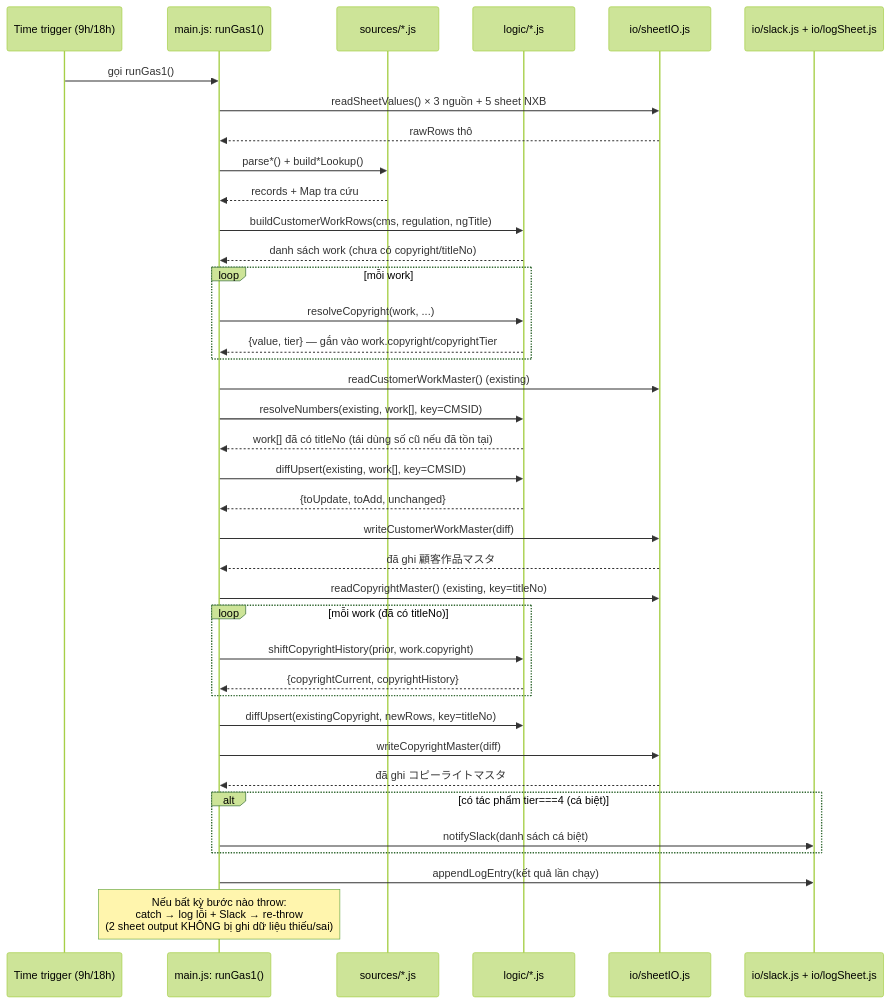
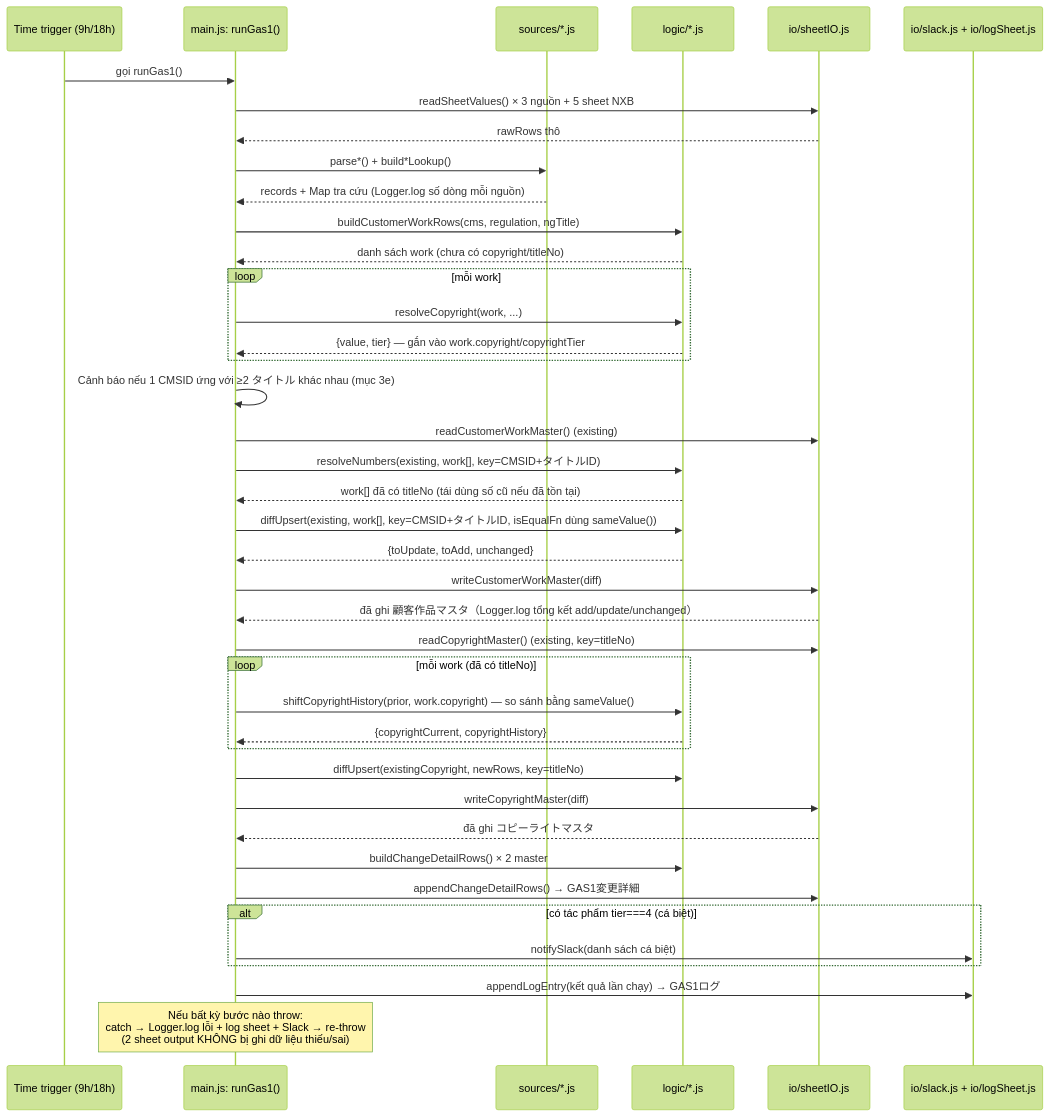
One commit to long-npl/ntt-solmare changed the second of 2 diagrams in docs/gas1-van-hanh.md. Above: the diagram before and after it, drawn with Mermaid (forest theme). The commit also changed other lines of this file, not shown here.

First line of the commit message:
Update gas1-van-hanh.md with the 3 bugs found/fixed during debug testing

````diff
--- a/docs/gas1-van-hanh.md
+++ b/docs/gas1-van-hanh.md
@@ -68,48 +75,53 @@
 ```mermaid
 sequenceDiagram
     participant Trigger as Time trigger (9h/18h)
     participant Main as main.js: runGas1()
     participant Sources as sources/*.js
     participant Logic as logic/*.js
     participant IO as io/sheetIO.js
     participant Slack as io/slack.js + io/logSheet.js
 
     Trigger->>Main: gọi runGas1()
     Main->>IO: readSheetValues() × 3 nguồn + 5 sheet NXB
     IO-->>Main: rawRows thô
     Main->>Sources: parse*() + build*Lookup()
-    Sources-->>Main: records + Map tra cứu
+    Sources-->>Main: records + Map tra cứu (Logger.log số dòng mỗi nguồn)
 
     Main->>Logic: buildCustomerWorkRows(cms, regulation, ngTitle)
     Logic-->>Main: danh sách work (chưa có copyright/titleNo)
 
     loop mỗi work
         Main->>Logic: resolveCopyright(work, ...)
         Logic-->>Main: {value, tier} — gắn vào work.copyright/copyrightTier
     end
 
+    Main->>Main: Cảnh báo nếu 1 CMSID ứng với ≥2 タイトル khác nhau (mục 3e)
+
     Main->>IO: readCustomerWorkMaster() (existing)
-    Main->>Logic: resolveNumbers(existing, work[], key=CMSID)
+    Main->>Logic: resolveNumbers(existing, work[], key=CMSID+タイトルID)
     Logic-->>Main: work[] đã có titleNo (tái dùng số cũ nếu đã tồn tại)
 
-    Main->>Logic: diffUpsert(existing, work[], key=CMSID)
+    Main->>Logic: diffUpsert(existing, work[], key=CMSID+タイトルID, isEqualFn dùng sameValue())
     Logic-->>Main: {toUpdate, toAdd, unchanged}
     Main->>IO: writeCustomerWorkMaster(diff)
-    IO-->>Main: đã ghi 顧客作品マスタ
+    IO-->>Main: đã ghi 顧客作品マスタ（Logger.log tổng kết add/update/unchanged）
 
     Main->>IO: readCopyrightMaster() (existing, key=titleNo)
     loop mỗi work (đã có titleNo)
-        Main->>Logic: shiftCopyrightHistory(prior, work.copyright)
+        Main->>Logic: shiftCopyrightHistory(prior, work.copyright) — so sánh bằng sameValue()
         Logic-->>Main: {copyrightCurrent, copyrightHistory}
     end
     Main->>Logic: diffUpsert(existingCopyright, newRows, key=titleNo)
     Main->>IO: writeCopyrightMaster(diff)
     IO-->>Main: đã ghi コピーライトマスタ
 
+    Main->>Logic: buildChangeDetailRows() × 2 master
+    Main->>IO: appendChangeDetailRows() → GAS1変更詳細
+
     alt có tác phẩm tier===4 (cá biệt)
         Main->>Slack: notifySlack(danh sách cá biệt)
     end
-    Main->>Slack: appendLogEntry(kết quả lần chạy)
+    Main->>Slack: appendLogEntry(kết quả lần chạy) → GAS1ログ
 
-    Note over Main: Nếu bất kỳ bước nào throw:<br/>catch → log lỗi + Slack → re-throw<br/>(2 sheet output KHÔNG bị ghi dữ liệu thiếu/sai)
+    Note over Main: Nếu bất kỳ bước nào throw:<br/>catch → Logger.log lỗi + log sheet + Slack → re-throw<br/>(2 sheet output KHÔNG bị ghi dữ liệu thiếu/sai)
 ```
````
